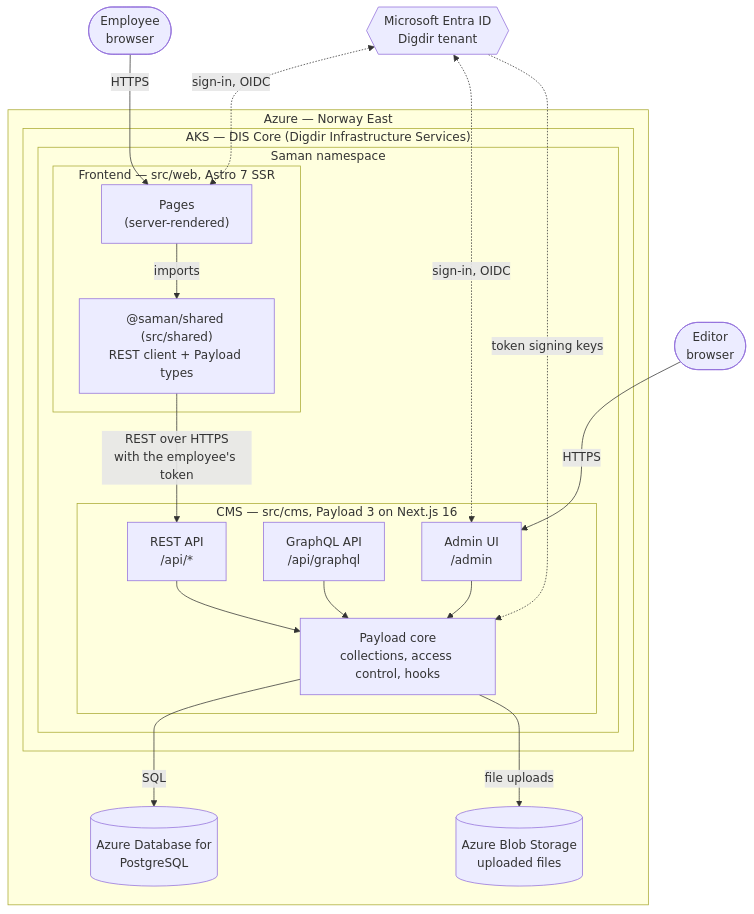
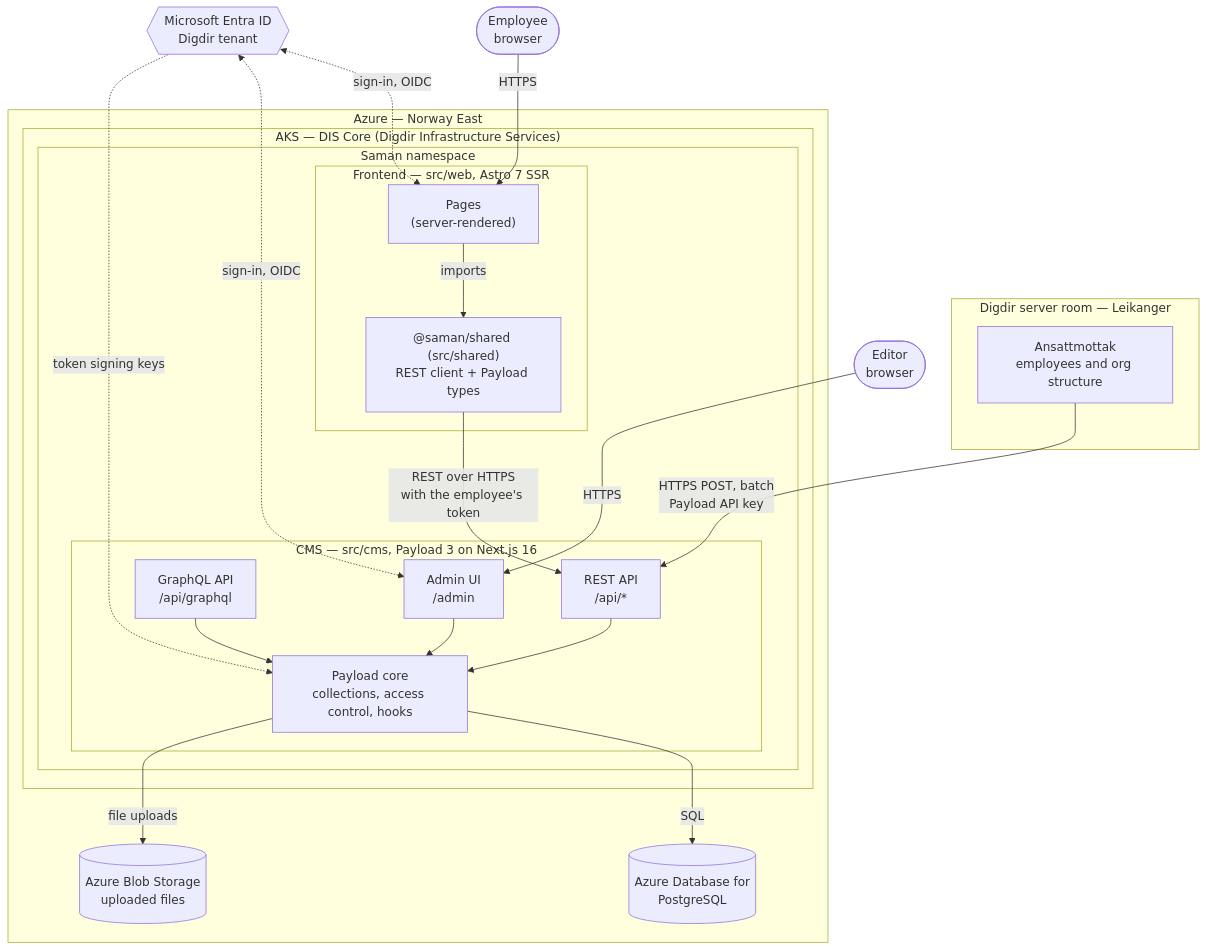
The diagram in docs/diagrams/architecture.md (digdir/saman), drawn with Mermaid before and after one commit. The commit also changed other lines of this file and 1 other file, not shown here.

First line of the commit message:
Add Ansattmottak to the architecture overview

````diff
--- a/docs/diagrams/architecture.md
+++ b/docs/diagrams/architecture.md
@@ -20,40 +23,45 @@
 ```mermaid
 flowchart TB
     employee(["Employee<br/>browser"])
     editor(["Editor<br/>browser"])
     entra{{"Microsoft Entra ID<br/>Digdir tenant"}}
+
+    subgraph leikanger["Digdir server room — Leikanger"]
+        ansattmottak["Ansattmottak<br/>employees and org structure"]
+    end
 
     subgraph azure["Azure — Norway East"]
         subgraph aks["AKS — DIS Core (Digdir Infrastructure Services)"]
             subgraph ns["Saman namespace"]
                 subgraph web["Frontend — src/web, Astro 7 SSR"]
                     pages["Pages<br/>(server-rendered)"]
                     client["@saman/shared (src/shared)<br/>REST client + Payload types"]
                 end
 
                 subgraph cms["CMS — src/cms, Payload 3 on Next.js 16"]
                     rest["REST API<br/>/api/*"]
                     graphql["GraphQL API<br/>/api/graphql"]
                     admin["Admin UI<br/>/admin"]
                     core["Payload core<br/>collections, access control, hooks"]
                 end
             end
         end
 
         db[("Azure Database for<br/>PostgreSQL")]
         media[("Azure Blob Storage<br/>uploaded files")]
     end
 
     employee -- "HTTPS" --> pages
     editor -- "HTTPS" --> admin
+    ansattmottak -- "HTTPS POST, batch<br/>Payload API key" --> rest
     entra <-. "sign-in, OIDC" .-> pages
     entra <-. "sign-in, OIDC" .-> admin
     pages -- "imports" --> client
     client -- "REST over HTTPS<br/>with the employee's token" --> rest
     rest --> core
     graphql --> core
     admin --> core
     entra -. "token signing keys" .-> core
     core -- "SQL" --> db
     core -- "file uploads" --> media
 ```
````
